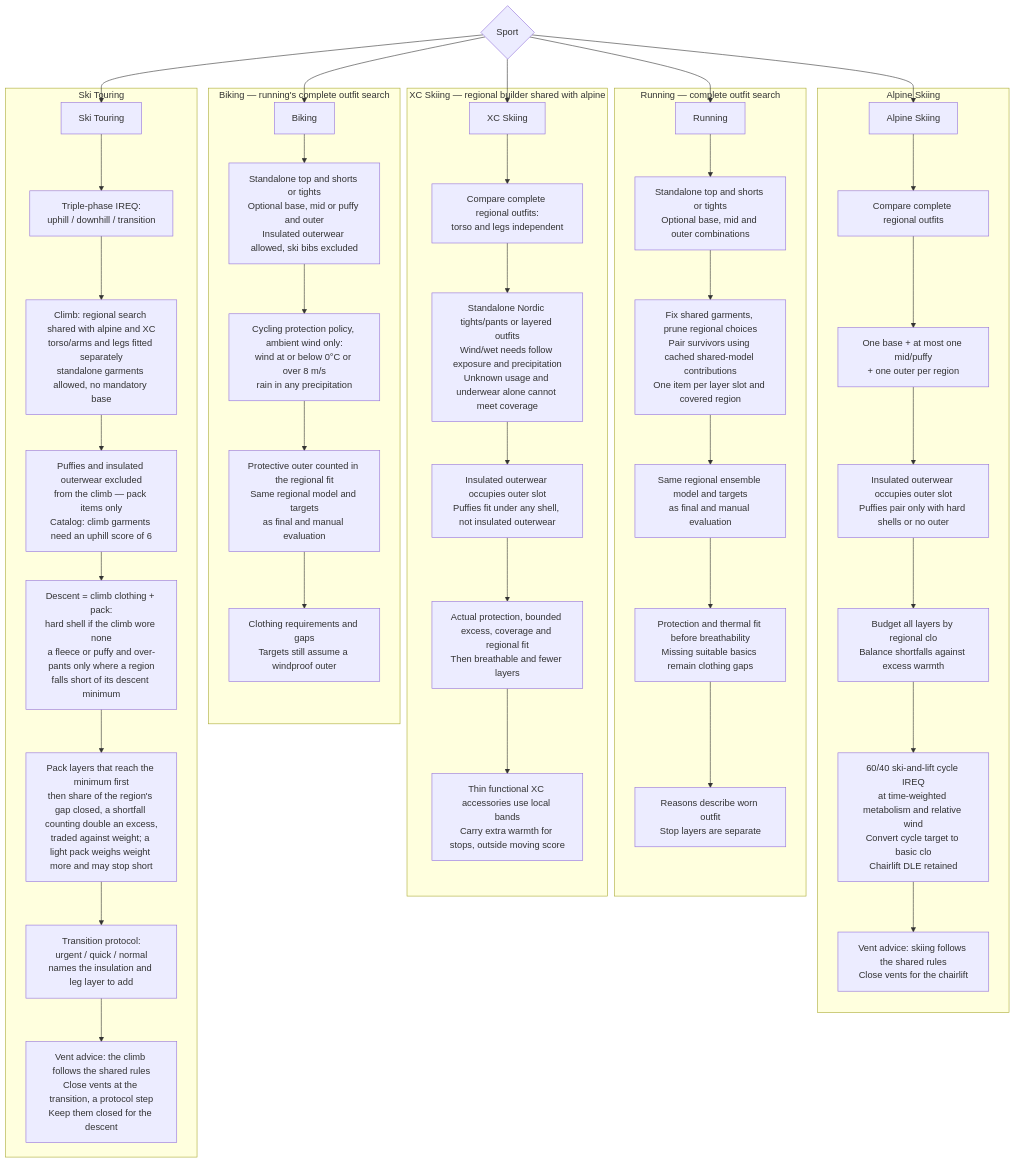
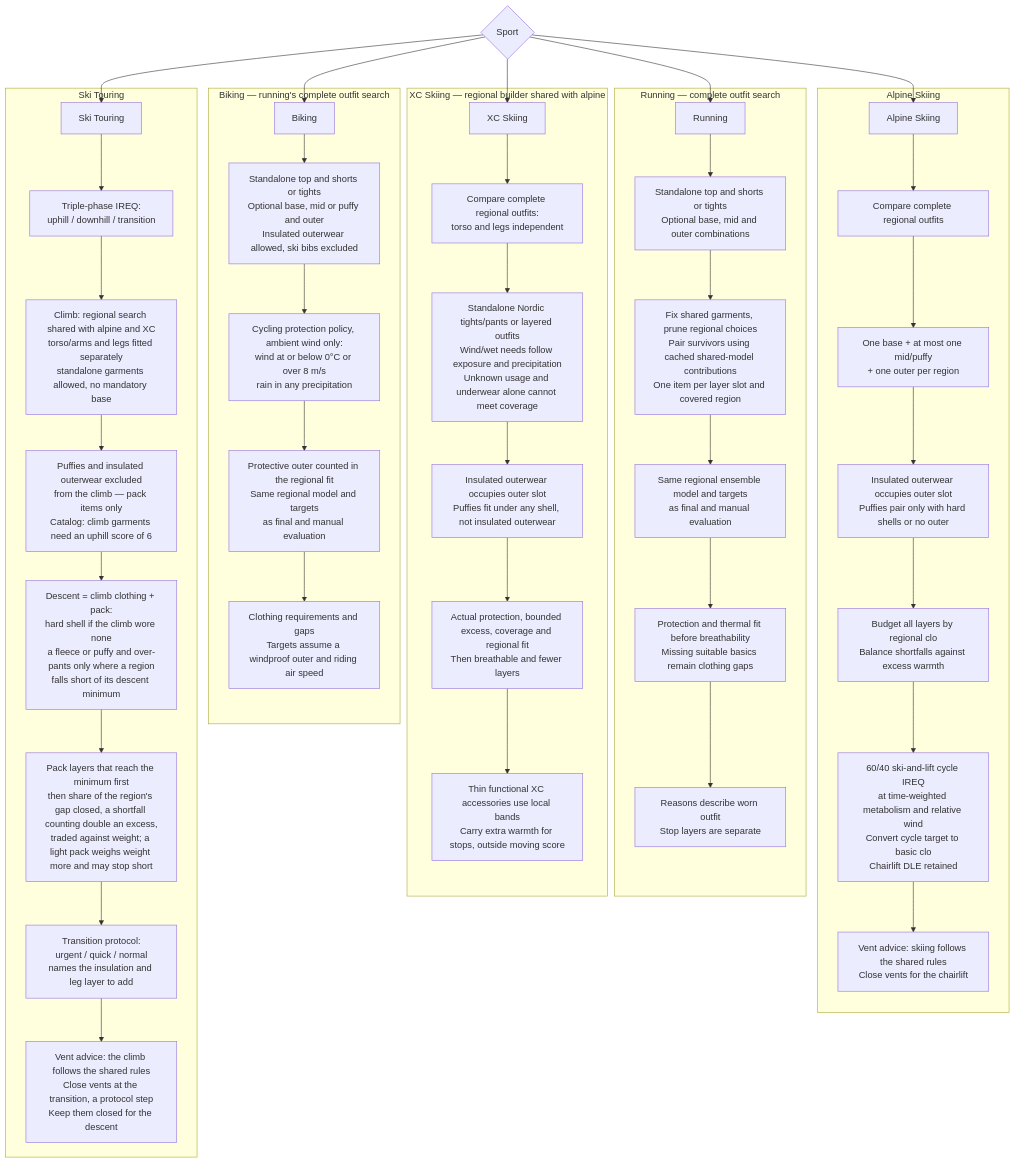
One commit to derobertsw/swttr changed the fourth of 7 diagrams in README.md. Above: the diagram before and after it, drawn with Mermaid. The commit also changed other lines of this file and 20 other files, not shown here.

First line of the commit message:
Calibrate cycling and the touring climb's metabolic rate, air speed and margins (#374)

````diff
--- a/README.md
+++ b/README.md
@@ -181,50 +185,50 @@
 ```mermaid
 graph TD
     SPORT{Sport} --> RUN[Running]
     SPORT --> BIKE[Biking]
     SPORT --> ALP[Alpine Skiing]
     SPORT --> XC[XC Skiing]
     SPORT --> TOUR[Ski Touring]
 
     subgraph "Running — complete outfit search"
         RUN --> R1[Standalone top and shorts or tights<br/>Optional base, mid and outer combinations]
         R1 --> R2[Fix shared garments, prune regional choices<br/>Pair survivors using cached shared-model contributions<br/>One item per layer slot and covered region]
         R2 --> R3[Same regional ensemble model and targets<br/>as final and manual evaluation]
         R3 --> R4[Protection and thermal fit before breathability<br/>Missing suitable basics remain clothing gaps]
         R4 --> R5[Reasons describe worn outfit<br/>Stop layers are separate]
     end
 
     subgraph "Biking — running's complete outfit search"
         BIKE --> B1[Standalone top and shorts or tights<br/>Optional base, mid or puffy and outer<br/>Insulated outerwear allowed, ski bibs excluded]
         B1 --> B2[Cycling protection policy, ambient wind only:<br/>wind at or below 0°C or over 8 m/s<br/>rain in any precipitation]
         B2 --> B3[Protective outer counted in the regional fit<br/>Same regional model and targets<br/>as final and manual evaluation]
-        B3 --> B4[Clothing requirements and gaps<br/>Targets still assume a windproof outer]
+        B3 --> B4[Clothing requirements and gaps<br/>Targets assume a windproof outer and riding air speed]
     end
 
     subgraph "Alpine Skiing"
         ALP --> A1[Compare complete regional outfits]
         A1 --> A2[One base + at most one mid/puffy<br/>+ one outer per region]
         A2 --> A3[Insulated outerwear occupies outer slot<br/>Puffies pair only with hard shells or no outer]
         A3 --> A4[Budget all layers by regional clo<br/>Balance shortfalls against excess warmth]
         A4 --> A5[60/40 ski-and-lift cycle IREQ<br/>at time-weighted metabolism and relative wind<br/>Convert cycle target to basic clo<br/>Chairlift DLE retained]
         A5 --> A6[Vent advice: skiing follows the shared rules<br/>Close vents for the chairlift]
     end
 
     subgraph "XC Skiing — regional builder shared with alpine"
         XC --> X1[Compare complete regional outfits:<br/>torso and legs independent]
         X1 --> X2[Standalone Nordic tights/pants or layered outfits<br/>Wind/wet needs follow exposure and precipitation<br/>Unknown usage and underwear alone cannot meet coverage]
         X2 --> X3[Insulated outerwear occupies outer slot<br/>Puffies fit under any shell, not insulated outerwear]
         X3 --> X4[Actual protection, bounded excess, coverage and regional fit<br/>Then breathable and fewer layers]
         X4 --> X5[Thin functional XC accessories use local bands<br/>Carry extra warmth for stops, outside moving score]
     end
 
     subgraph "Ski Touring"
         TOUR --> T1a[Triple-phase IREQ:<br/>uphill / downhill / transition]
         T1a --> T2a[Climb: regional search shared with alpine and XC<br/>torso/arms and legs fitted separately<br/>standalone garments allowed, no mandatory base]
         T2a --> T3a[Puffies and insulated outerwear excluded<br/>from the climb — pack items only<br/>Catalog: climb garments need an uphill score of 6]
         T3a --> T4a[Descent = climb clothing + pack:<br/>hard shell if the climb wore none<br/>a fleece or puffy and over-pants only where a region<br/>falls short of its descent minimum]
         T4a --> T6a[Pack layers that reach the minimum first<br/>then share of the region's gap closed, a shortfall counting double an excess,<br/>traded against weight; a light pack weighs weight more and may stop short]
         T6a --> T5a[Transition protocol:<br/>urgent / quick / normal<br/>names the insulation and leg layer to add]
         T5a --> T7a[Vent advice: the climb follows the shared rules<br/>Close vents at the transition, a protocol step<br/>Keep them closed for the descent]
     end
 ```
````
